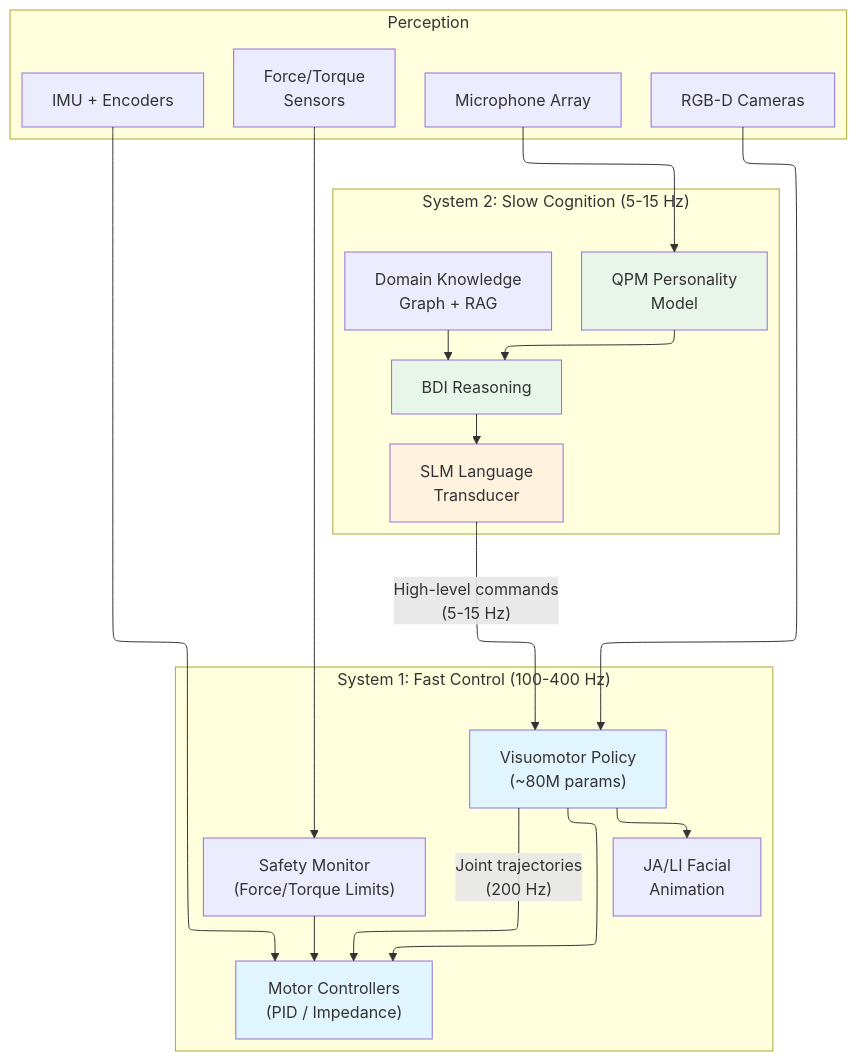
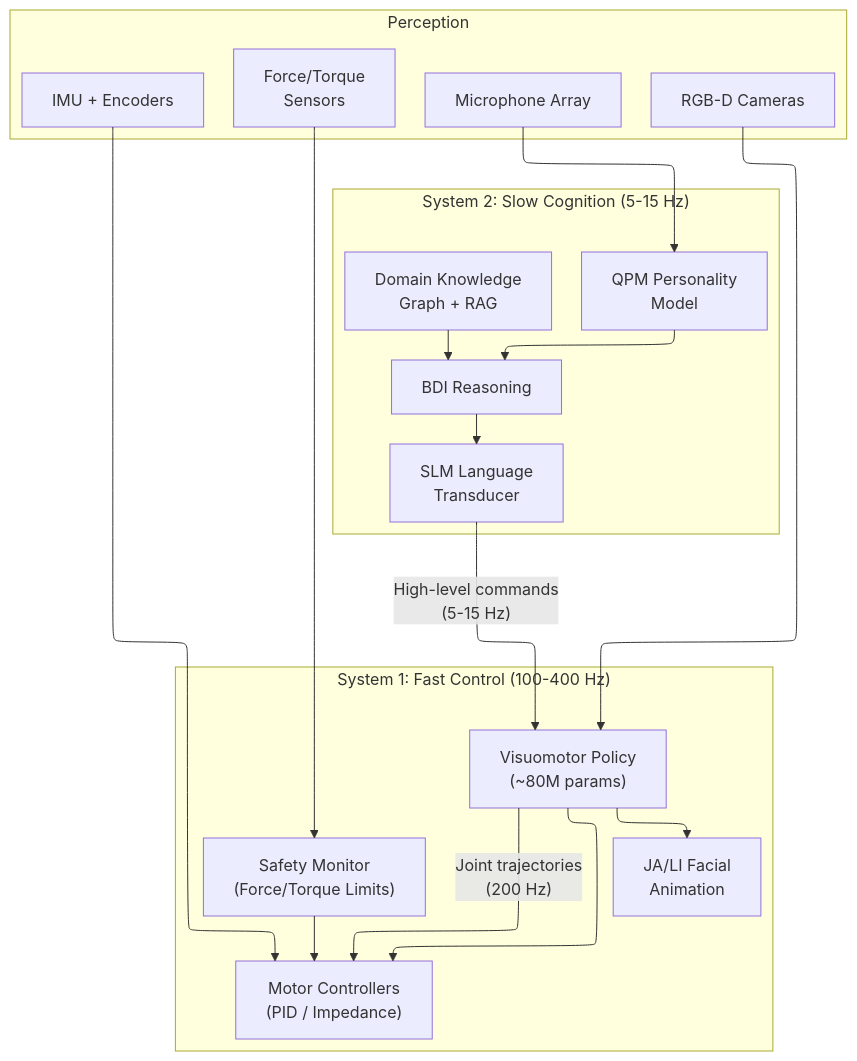
Before and after one commit to JustForCodin/Centaurian_Architecture_Implementation: diagram 14 of 18 in Centaurian_Hybrid_Architecture_v3.md, drawn with Mermaid. The commit also changed other lines of this file, not shown here.

First line of the commit message:
v3 paper: node-graph rendering, Phase 1/2 domain split, persona-coherence reframe

````diff
--- a/Centaurian_Hybrid_Architecture_v3.md
+++ b/Centaurian_Hybrid_Architecture_v3.md
@@ -1675,39 +1661,34 @@
 ```mermaid
 %%{init: {"flowchart": {"defaultRenderer": "elk"}} }%%
 graph TD
     subgraph "System 2: Slow Cognition (5-15 Hz)"
         QPM_R["QPM Personality<br/>Model"]
         BDI_R["BDI Reasoning"]
         SLM_R["SLM Language<br/>Transducer"]
         KG_R["Domain Knowledge<br/>Graph + RAG"]
         QPM_R --> BDI_R
         KG_R --> BDI_R
         BDI_R --> SLM_R
     end
     subgraph "System 1: Fast Control (100-400 Hz)"
         VMP["Visuomotor Policy<br/>(~80M params)"]
         MOTOR["Motor Controllers<br/>(PID / Impedance)"]
         JALI_R["JA/LI Facial<br/>Animation"]
         SAFETY["Safety Monitor<br/>(Force/Torque Limits)"]
         VMP --> MOTOR
         VMP --> JALI_R
         SAFETY --> MOTOR
     end
     subgraph "Perception"
         CAMERAS["RGB-D Cameras"]
         MIC["Microphone Array"]
         FORCE["Force/Torque<br/>Sensors"]
         IMU["IMU + Encoders"]
         CAMERAS --> VMP
         MIC --> QPM_R
         FORCE --> SAFETY
         IMU --> MOTOR
     end
     SLM_R -->|"High-level commands<br/>(5-15 Hz)"| VMP
     VMP -->|"Joint trajectories<br/>(200 Hz)"| MOTOR
-    style QPM_R fill:#e8f5e9
-    style BDI_R fill:#e8f5e9
-    style SLM_R fill:#fff3e0
-    style VMP fill:#e1f5fe
-    style MOTOR fill:#e1f5fe
 ```
````
